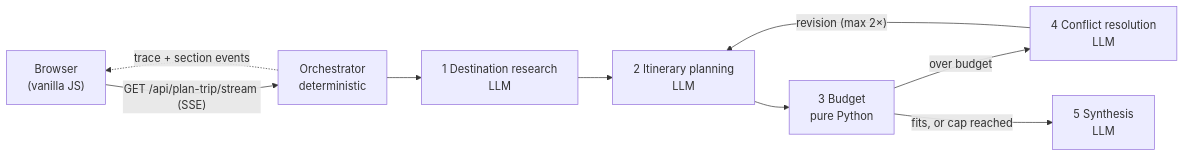
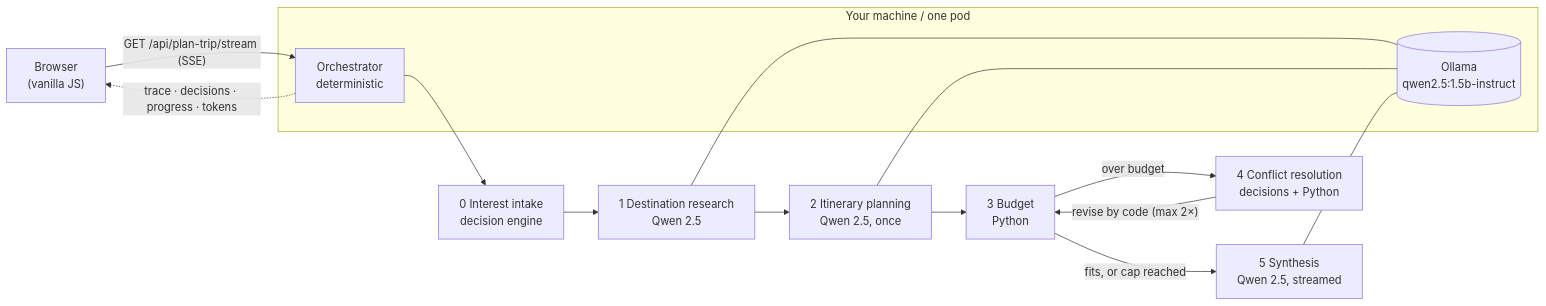
One commit to alulema/trip-planner changed the diagram in README.md. Above: the diagram before and after it, drawn with Mermaid. The commit also changed other lines of this file and 31 other files, not shown here.

First line of the commit message:
Switch to local Qwen 2.5 (Ollama) + Jev-style decision engine

````diff
--- a/README.md
+++ b/README.md
@@ -17,11 +34,17 @@
 ```mermaid
 flowchart LR
   U["Browser<br/>(vanilla JS)"] -->|"GET /api/plan-trip/stream (SSE)"| O["Orchestrator<br/>deterministic"]
-  O --> R["1 Destination research<br/>LLM"]
-  R --> I["2 Itinerary planning<br/>LLM"]
-  I --> B["3 Budget<br/>pure Python"]
-  B -->|over budget| C["4 Conflict resolution<br/>LLM"]
-  C -->|"revision (max 2×)"| I
-  B -->|fits, or cap reached| S["5 Synthesis<br/>LLM"]
-  O -.->|"trace + section events"| U
+  O --> K["0 Interest intake<br/>decision engine"]
+  K --> R["1 Destination research<br/>Qwen 2.5"]
+  R --> I["2 Itinerary planning<br/>Qwen 2.5, once"]
+  I --> B["3 Budget<br/>Python"]
+  B -->|over budget| C["4 Conflict resolution<br/>decisions + Python"]
+  C -->|"revise by code (max 2×)"| B
+  B -->|fits, or cap reached| S["5 Synthesis<br/>Qwen 2.5, streamed"]
+  O -.->|"trace · decisions · progress · tokens"| U
+  subgraph local["Your machine / one pod"]
+    O
+    L[("Ollama<br/>qwen2.5:1.5b-instruct")]
+  end
+  R & I & S --- L
 ```
````
